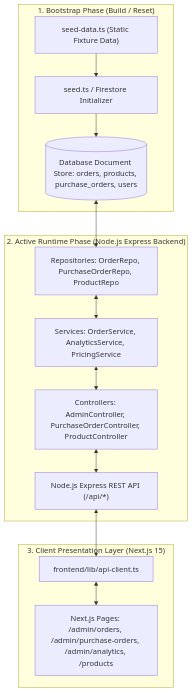
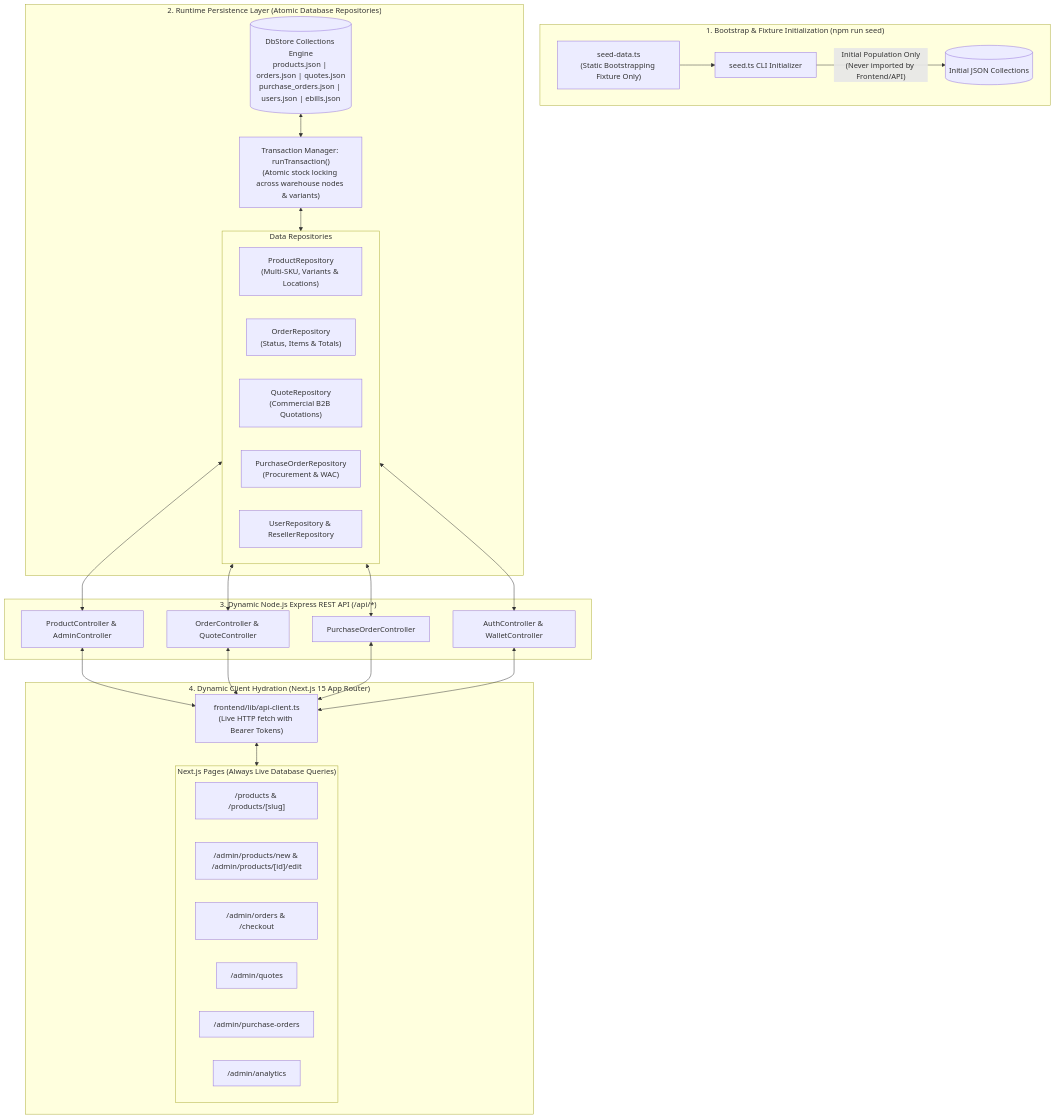
One commit to gl1tch0x1/NexTechSystem changed the fourth of 14 diagrams in README.md. Above: the diagram before and after it, drawn with Mermaid. The commit also changed other lines of this file and 21 other files, not shown here.

First line of the commit message:
feat(catalog): implement enterprise hardware SKU studio, multi-variant engine, regional warehousing and update system architecture

````diff
--- a/README.md
+++ b/README.md
@@ -259,19 +274,48 @@
 ```mermaid
 graph TD
-    subgraph Initialization["1. Bootstrap Phase (Build / Reset)"]
-        SEED_DATA["seed-data.ts (Static Fixture Data)"] --> SEED_RUNNER["seed.ts / Firestore Initializer"]
-        SEED_RUNNER --> DB_STORE[("Database Document Store: orders, products, purchase_orders, users")]
+    subgraph Bootstrap_Phase["1. Bootstrap & Fixture Initialization (npm run seed)"]
+        SEED_DATA["seed-data.ts<br/>(Static Bootstrapping Fixture Only)"] --> SEED_RUNNER["seed.ts CLI Initializer"]
+        SEED_RUNNER -->|"Initial Population Only<br/>(Never imported by Frontend/API)"| DB_INIT[("Initial JSON Collections")]
     end
 
-    subgraph Runtime_Execution["2. Active Runtime Phase (Node.js Express Backend)"]
-        DB_STORE <--> REPOSITORIES["Repositories: OrderRepo, PurchaseOrderRepo, ProductRepo"]
-        REPOSITORIES <--> SERVICES["Services: OrderService, AnalyticsService, PricingService"]
-        SERVICES <--> CONTROLLERS["Controllers: AdminController, PurchaseOrderController, ProductController"]
-        CONTROLLERS <--> REST_API["Node.js Express REST API (/api/*)"]
+    subgraph Runtime_Persistence["2. Runtime Persistence Layer (Atomic Database Repositories)"]
+        DB_STORE[("DbStore Collections Engine<br/>products.json | orders.json | quotes.json<br/>purchase_orders.json | users.json | ebills.json")]
+        
+        subgraph Repositories["Data Repositories"]
+            PROD_REPO["ProductRepository<br/>(Multi-SKU, Variants & Locations)"]
+            ORD_REPO["OrderRepository<br/>(Status, Items & Totals)"]
+            QUOTE_REPO["QuoteRepository<br/>(Commercial B2B Quotations)"]
+            PO_REPO["PurchaseOrderRepository<br/>(Procurement & WAC)"]
+            USER_REPO["UserRepository & ResellerRepository"]
+        end
+
+        TX_MGR["Transaction Manager: runTransaction()<br/>(Atomic stock locking across warehouse nodes & variants)"]
+        DB_STORE <--> TX_MGR <--> Repositories
     end
 
-    subgraph Presentation_Layer["3. Client Presentation Layer (Next.js 15)"]
-        REST_API <--> API_CLIENT["frontend/lib/api-client.ts"]
-        API_CLIENT <--> FRONTEND_VIEWS["Next.js Pages: /admin/orders, /admin/purchase-orders, /admin/analytics, /products"]
+    subgraph Gateway_API["3. Dynamic Node.js Express REST API (/api/*)"]
+        CTRL_PROD["ProductController & AdminController"]
+        CTRL_ORD["OrderController & QuoteController"]
+        CTRL_PO["PurchaseOrderController"]
+        CTRL_AUTH["AuthController & WalletController"]
+        
+        Repositories <--> CTRL_PROD & CTRL_ORD & CTRL_PO & CTRL_AUTH
+    end
+
+    subgraph Client_Hydration["4. Dynamic Client Hydration (Next.js 15 App Router)"]
+        API_CLIENT["frontend/lib/api-client.ts<br/>(Live HTTP fetch with Bearer Tokens)"]
+        
+        CTRL_PROD & CTRL_ORD & CTRL_PO & CTRL_AUTH <--> API_CLIENT
+        
+        subgraph Views["Next.js Pages (Always Live Database Queries)"]
+            PAGE_CATALOG["/products & /products/[slug]"]
+            PAGE_ADMIN_PROD["/admin/products/new & /admin/products/[id]/edit"]
+            PAGE_ADMIN_ORDERS["/admin/orders & /checkout"]
+            PAGE_ADMIN_QUOTES["/admin/quotes"]
+            PAGE_ADMIN_PO["/admin/purchase-orders"]
+            PAGE_ANALYTICS["/admin/analytics"]
+        end
+
+        API_CLIENT <--> Views
     end
 ```
````
